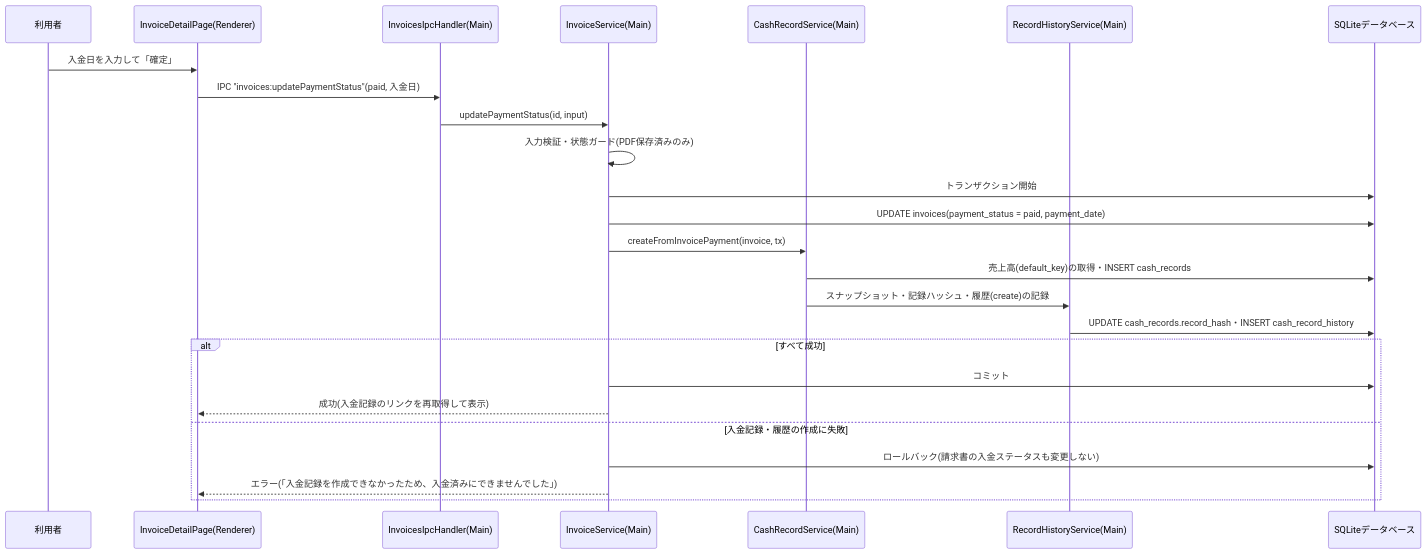
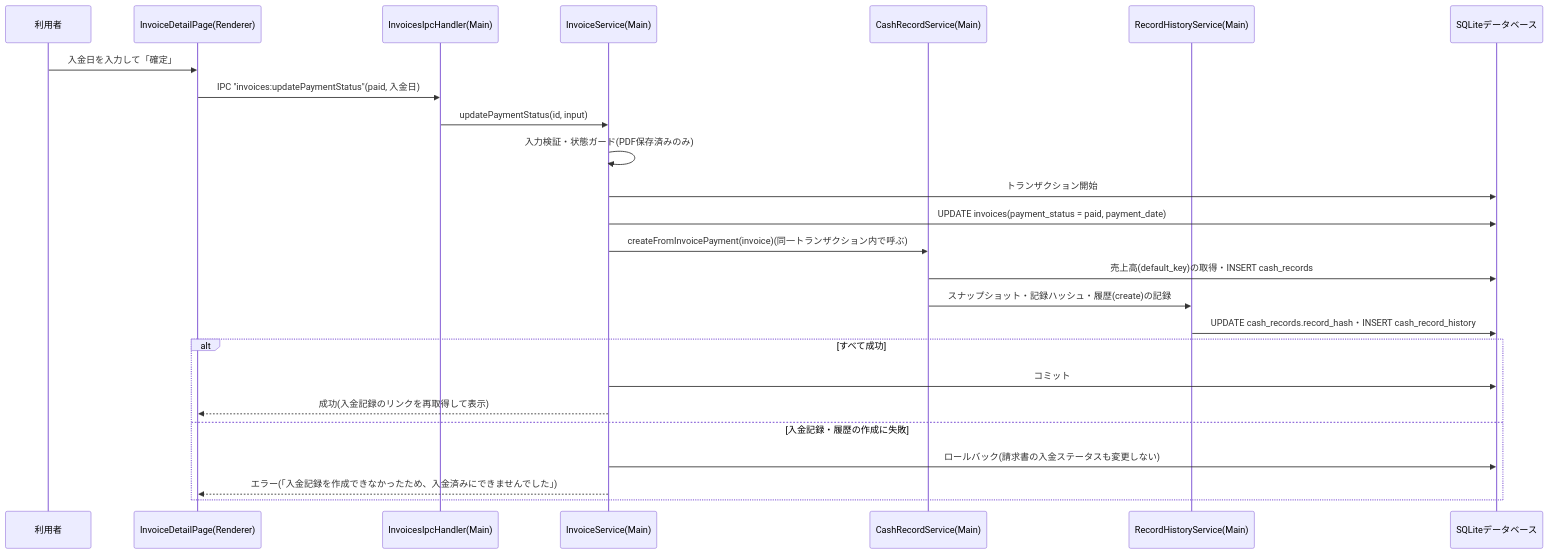
One commit to eiai00000001-cell/jimu-hub changed the fourth of 5 diagrams in docs/03_architect/詳細設計書.md. Above: the diagram before and after it, drawn with Mermaid. The commit also changed other lines of this file and 2 other files, not shown here.

````diff
--- a/docs/03_architect/詳細設計書.md
+++ b/docs/03_architect/詳細設計書.md
@@ -1205,28 +1208,28 @@
 ```mermaid
 sequenceDiagram
     participant User as 利用者
     participant Page as InvoiceDetailPage(Renderer)
     participant Handler as InvoicesIpcHandler(Main)
     participant Inv as InvoiceService(Main)
     participant Rec as CashRecordService(Main)
     participant Hist as RecordHistoryService(Main)
     participant DB as SQLiteデータベース
 
     User->>Page: 入金日を入力して「確定」
     Page->>Handler: IPC "invoices:updatePaymentStatus"(paid, 入金日)
     Handler->>Inv: updatePaymentStatus(id, input)
     Inv->>Inv: 入力検証・状態ガード(PDF保存済みのみ)
     Inv->>DB: トランザクション開始
     Inv->>DB: UPDATE invoices(payment_status = paid, payment_date)
-    Inv->>Rec: createFromInvoicePayment(invoice, tx)
+    Inv->>Rec: createFromInvoicePayment(invoice)(同一トランザクション内で呼ぶ)
     Rec->>DB: 売上高(default_key)の取得・INSERT cash_records
     Rec->>Hist: スナップショット・記録ハッシュ・履歴(create)の記録
     Hist->>DB: UPDATE cash_records.record_hash・INSERT cash_record_history
     alt すべて成功
         Inv->>DB: コミット
         Inv-->>Page: 成功(入金記録のリンクを再取得して表示)
     else 入金記録・履歴の作成に失敗
         Inv->>DB: ロールバック(請求書の入金ステータスも変更しない)
         Inv-->>Page: エラー(「入金記録を作成できなかったため、入金済みにできませんでした」)
     end
 ```
````
